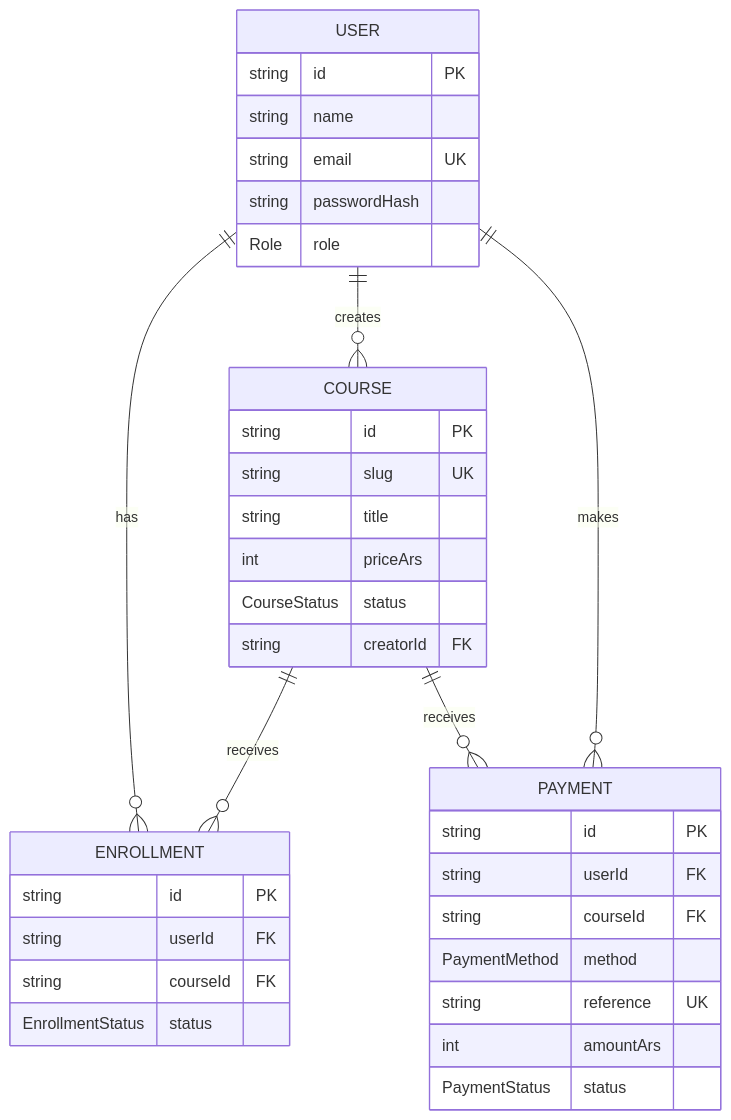
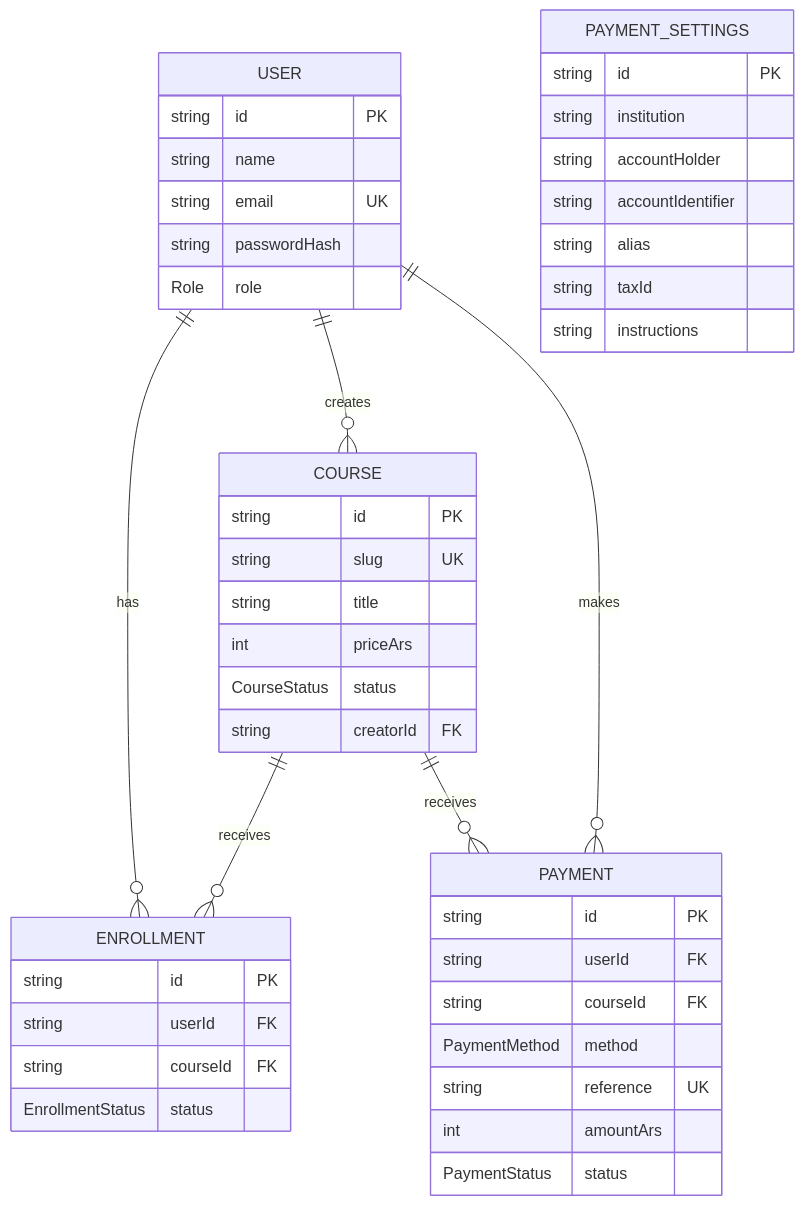
The diagram in docs/der.md (brianlautarolinares-ui/HOWARTS), drawn with Mermaid before and after one commit. The commit also changed 16 other files, not shown here.

````diff
--- a/docs/der.md
+++ b/docs/der.md
@@ -3,39 +3,49 @@
 ```mermaid
 erDiagram
   USER ||--o{ ENROLLMENT : has
   COURSE ||--o{ ENROLLMENT : receives
   USER ||--o{ COURSE : creates
 
   USER {
     string id PK
     string name
     string email UK
     string passwordHash
     Role role
   }
   COURSE {
     string id PK
     string slug UK
     string title
     int priceArs
     CourseStatus status
     string creatorId FK
   }
   ENROLLMENT {
     string id PK
     string userId FK
     string courseId FK
     EnrollmentStatus status
   }
   PAYMENT {
     string id PK
     string userId FK
     string courseId FK
     PaymentMethod method
     string reference UK
     int amountArs
     PaymentStatus status
   }
   USER ||--o{ PAYMENT : makes
   COURSE ||--o{ PAYMENT : receives
+
+  PAYMENT_SETTINGS {
+    string id PK
+    string institution
+    string accountHolder
+    string accountIdentifier
+    string alias
+    string taxId
+    string instructions
+  }
 ```
````
